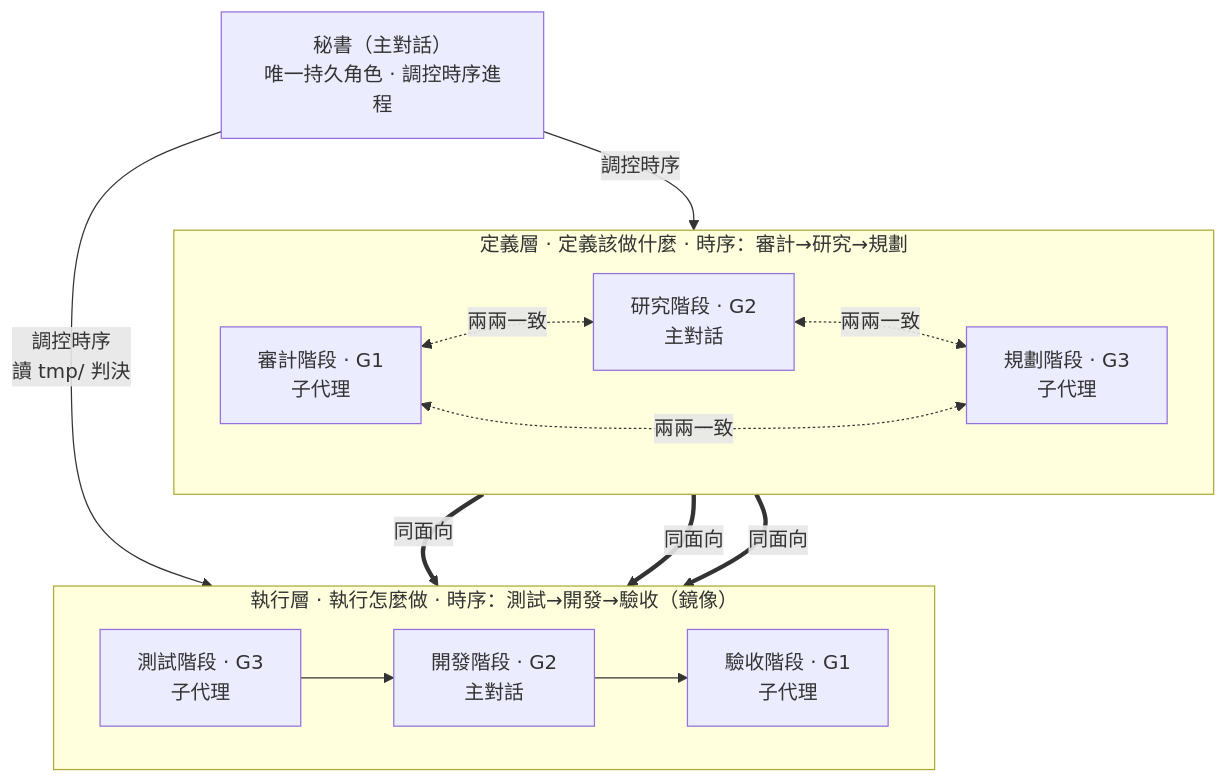
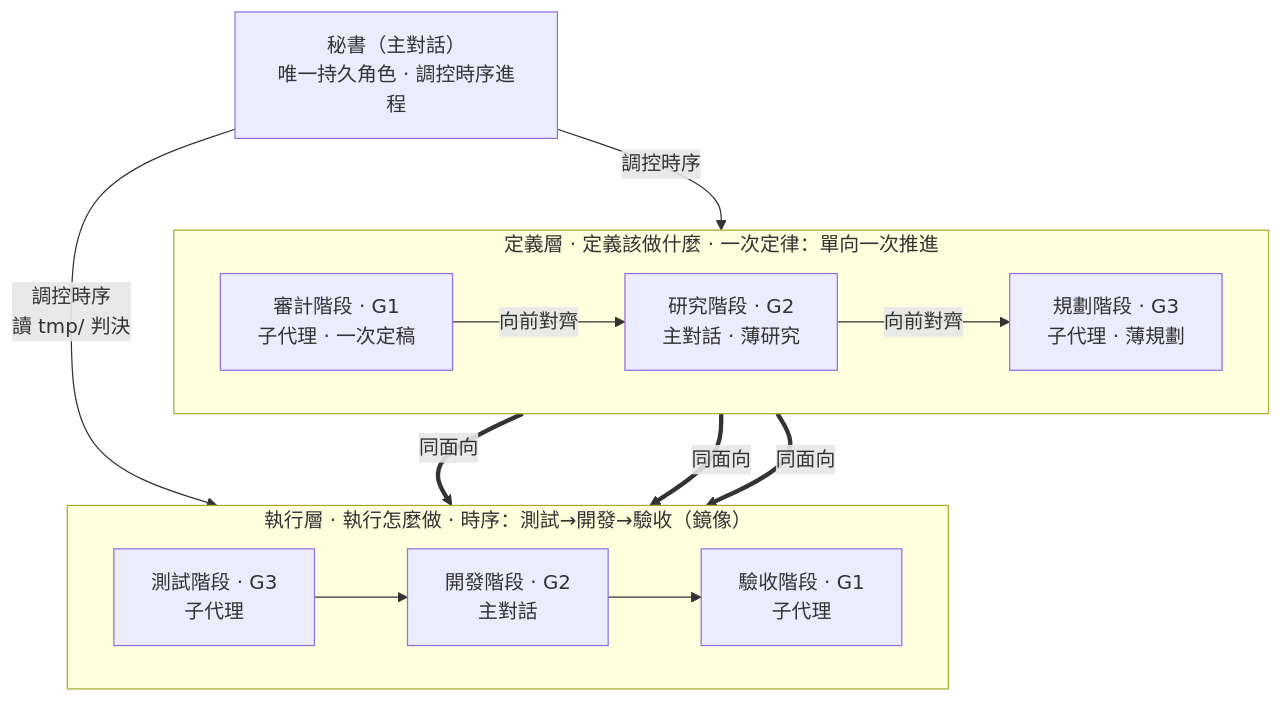
One commit to teps3105/shiftblame changed the second of 2 diagrams in README.md. Above: the diagram before and after it, drawn with Mermaid. The commit also changed other lines of this file and 15 other files, not shown here.

````diff
--- a/README.md
+++ b/README.md
@@ -99,20 +100,19 @@
 ```mermaid
 flowchart TB
     SEC["秘書（主對話）<br/>唯一持久角色 · 調控時序進程"]
-    subgraph Consult["定義層 · 定義該做什麼 · 時序：審計→研究→規劃"]
+    subgraph Consult["定義層 · 定義該做什麼 · 一次定律：單向一次推進"]
         direction LR
-        G1["審計階段 · G1<br/>子代理"] <-.兩兩一致.-> G2["研究階段 · G2<br/>主對話"]
-        G2 <-.兩兩一致.-> G3["規劃階段 · G3<br/>子代理"]
-        G3 <-.兩兩一致.-> G1
+        G1["審計階段 · G1<br/>子代理 · 一次定稿"] -->|向前對齊| G2["研究階段 · G2<br/>主對話 · 薄研究"]
+        G2 -->|向前對齊| G3["規劃階段 · G3<br/>子代理 · 薄規劃"]
     end
     subgraph Build["執行層 · 執行怎麼做 · 時序：測試→開發→驗收（鏡像）"]
         direction LR
         TST["測試階段 · G3<br/>子代理"] --> DEV["開發階段 · G2<br/>主對話"]
         DEV --> ACC["驗收階段 · G1<br/>子代理"]
     end
     SEC -- 調控時序 --> Consult
     SEC -- 調控時序<br/>讀 tmp/ 判決 --> Build
     G1 == 同面向 ==> ACC
     G2 == 同面向 ==> DEV
     G3 == 同面向 ==> TST
 ```
````
